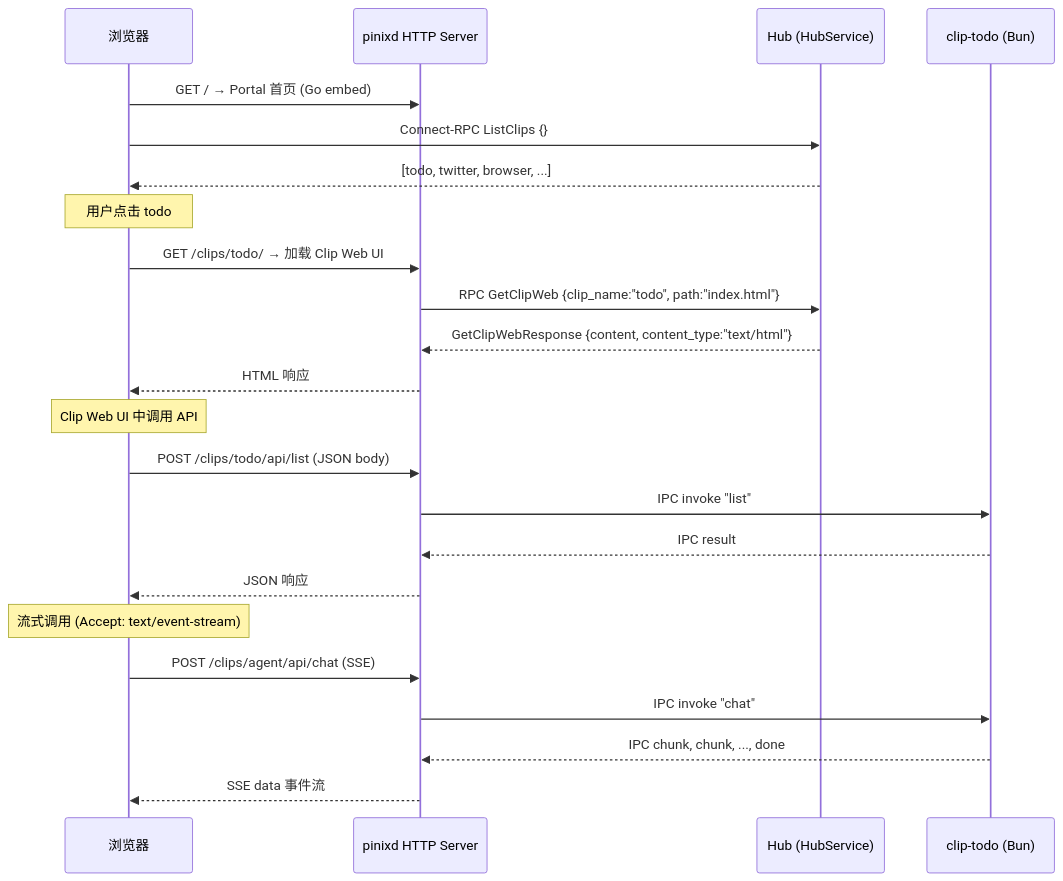
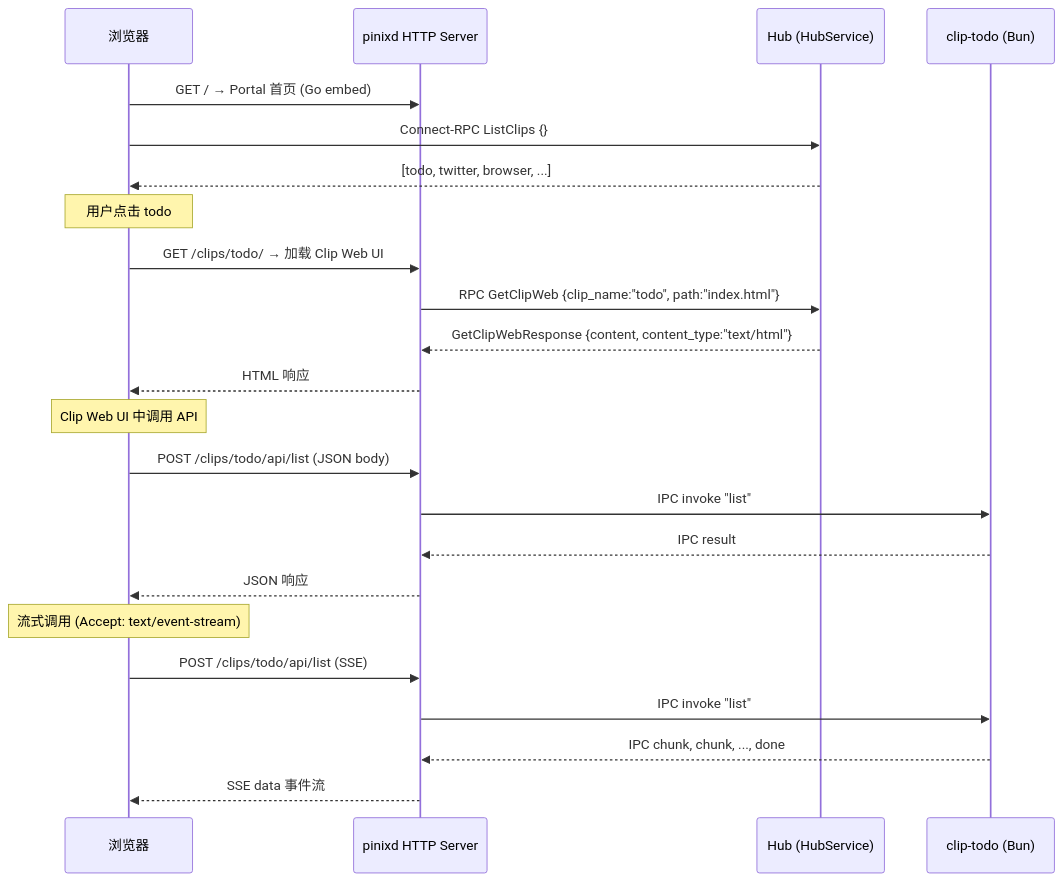
The tenth of 12 diagrams in docs/protocol.md (epiral/pinix), drawn with Mermaid before and after one commit. The commit also changed other lines of this file and 21 other files, not shown here.

First line of the commit message:
refactor: remove builtin agent runtime and pinix chat TUI (#158)

````diff
--- a/docs/protocol.md
+++ b/docs/protocol.md
@@ -295,32 +292,32 @@
 ```mermaid
 sequenceDiagram
     participant Browser as 浏览器
     participant Pinixd as pinixd HTTP Server
     participant Hub as Hub (HubService)
     participant Clip as clip-todo (Bun)
 
     Browser->>Pinixd: GET / → Portal 首页 (Go embed)
     Browser->>Hub: Connect-RPC ListClips {}
     Hub-->>Browser: [todo, twitter, browser, ...]
 
     Note over Browser: 用户点击 todo
 
     Browser->>Pinixd: GET /clips/todo/ → 加载 Clip Web UI
     Pinixd->>Hub: RPC GetClipWeb {clip_name:"todo", path:"index.html"}
     Hub-->>Pinixd: GetClipWebResponse {content, content_type:"text/html"}
     Pinixd-->>Browser: HTML 响应
 
     Note over Browser: Clip Web UI 中调用 API
 
     Browser->>Pinixd: POST /clips/todo/api/list (JSON body)
     Pinixd->>Clip: IPC invoke "list"
     Clip-->>Pinixd: IPC result
     Pinixd-->>Browser: JSON 响应
 
     Note over Browser: 流式调用 (Accept: text/event-stream)
 
-    Browser->>Pinixd: POST /clips/agent/api/chat (SSE)
-    Pinixd->>Clip: IPC invoke "chat"
+    Browser->>Pinixd: POST /clips/todo/api/list (SSE)
+    Pinixd->>Clip: IPC invoke "list"
     Clip-->>Pinixd: IPC chunk, chunk, ..., done
     Pinixd-->>Browser: SSE data 事件流
 ```
````
